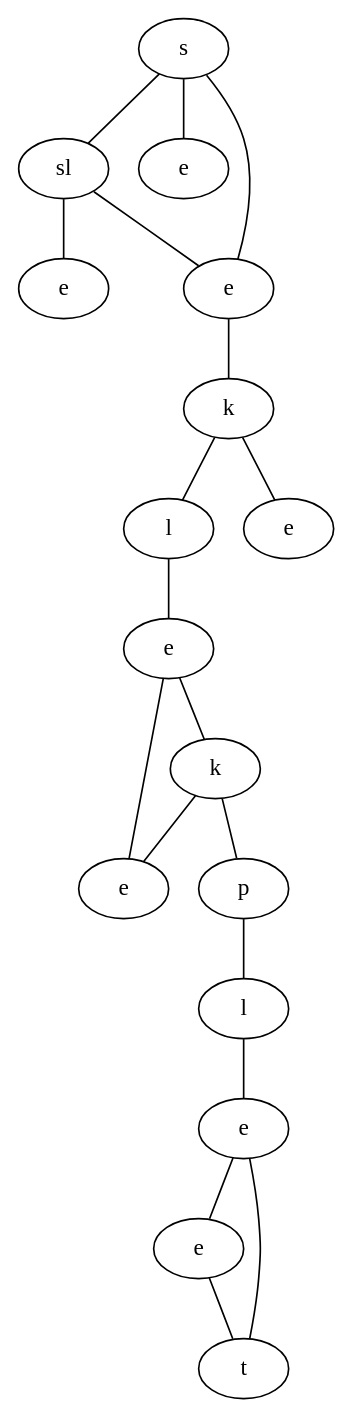
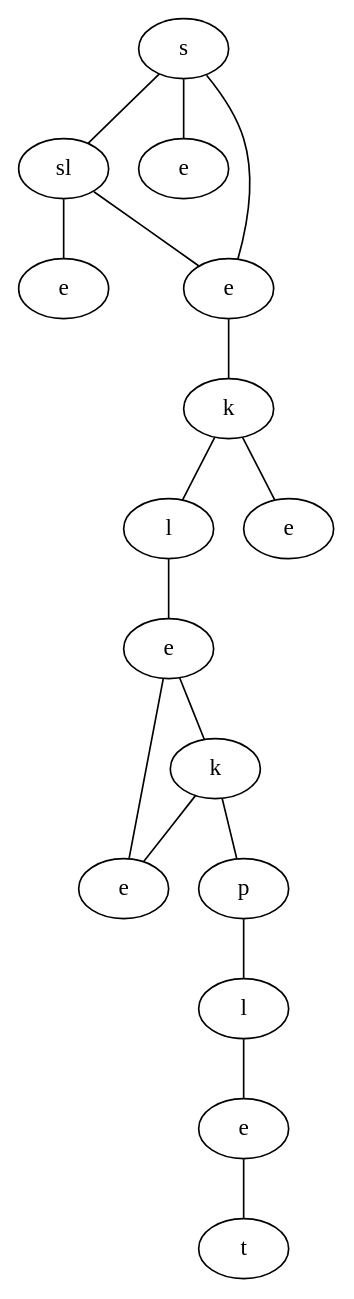
Before and after one commit to schrum2/MM-NEAT: the diagram in data/VGLC/graph.dot, drawn with Graphviz. The commit also changed 3 other files, not shown here.

```diff
--- a/data/VGLC/graph.dot
+++ b/data/VGLC/graph.dot
@@ -1,36 +1,33 @@
 graph {
-oekH[label="s"]
-cvQp[label="sl"]
-guDK[label="e"]
-fIab[label="e"]
-JSnQ[label="e"]
-cLNP[label="k"]
-uxXv[label="l"]
-oyCf[label="e"]
-ukrf[label="e"]
-jcJF[label="k"]
-Inqt[label="e"]
-moap[label="p"]
-ktbc[label="l"]
-yjGu[label="e"]
-ndJp[label="e"]
-zloH[label="t"]
-oekH -- cvQp
-oekH -- guDK
-oekH -- fIab
-cvQp -- fIab
-cvQp -- JSnQ
-fIab -- cLNP
-cLNP -- uxXv
-cLNP -- oyCf
-uxXv -- ukrf
-ukrf -- jcJF
-ukrf -- Inqt
-jcJF -- Inqt
-jcJF -- moap
-moap -- ktbc
-ktbc -- yjGu
-yjGu -- ndJp
-yjGu -- zloH
-ndJp -- zloH
+yuLB[label="s"]
+Jccx[label="sl"]
+jVNi[label="e"]
+wYDZ[label="e"]
+oert[label="e"]
+hYWc[label="k"]
+nvLX[label="l"]
+qPZE[label="e"]
+BxVj[label="e"]
+UiGn[label="k"]
+obxk[label="e"]
+zixF[label="p"]
+IMAI[label="l"]
+wknZ[label="e"]
+jmnq[label="t"]
+yuLB -- Jccx
+yuLB -- jVNi
+yuLB -- wYDZ
+Jccx -- wYDZ
+Jccx -- oert
+wYDZ -- hYWc
+hYWc -- nvLX
+hYWc -- qPZE
+nvLX -- BxVj
+BxVj -- UiGn
+BxVj -- obxk
+UiGn -- obxk
+UiGn -- zixF
+zixF -- IMAI
+IMAI -- wknZ
+wknZ -- jmnq
 }
```
